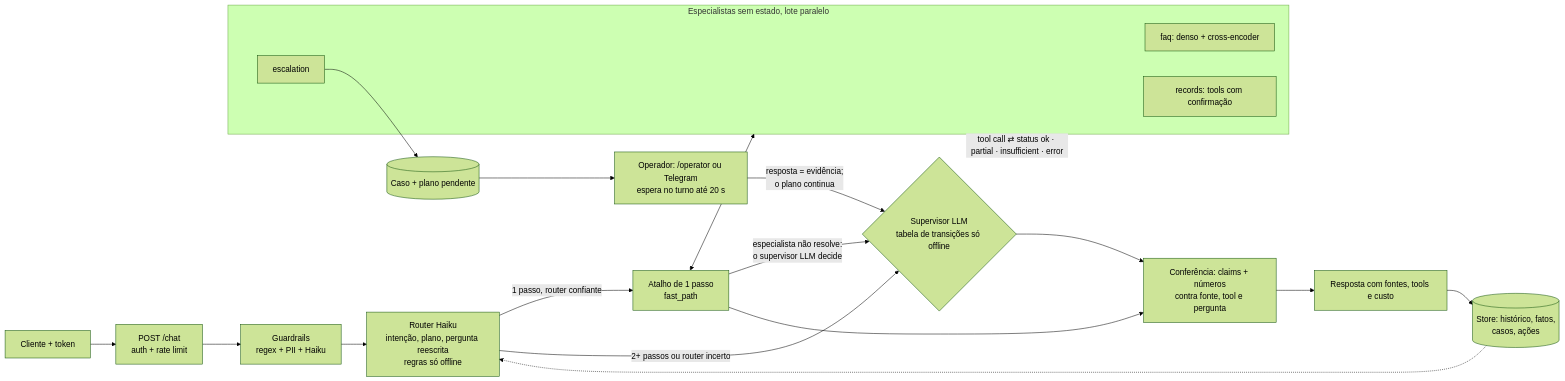
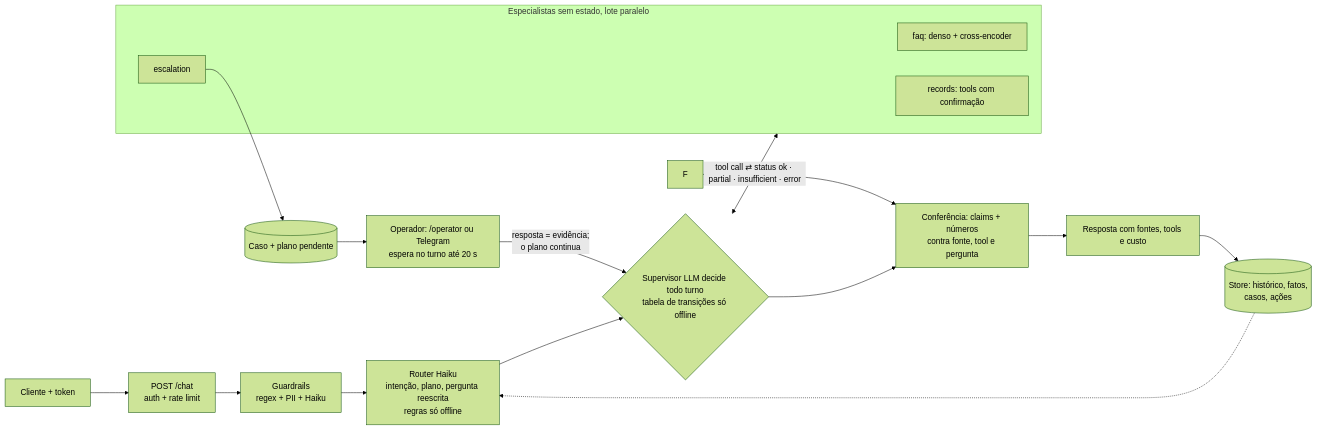
Before and after one commit to maathmartins-ux/getnet-support-agents-v51-ensaio: the diagram in README.md, drawn with Mermaid (forest theme). The commit also changed other lines of this file and 1 other file, not shown here.

First line of the commit message:
readme: números e linha do tempo (fill_readme, último passo)

````diff
--- a/README.md
+++ b/README.md
@@ -130,21 +130,18 @@
 ```mermaid
 flowchart LR
   U["Cliente + token"] --> API["POST /chat<br/>auth + rate limit"] --> G["Guardrails<br/>regex + PII + Haiku"]
   G --> R["Router Haiku<br/>intenção, plano, pergunta reescrita<br/>regras só offline"]
   M[("Store: histórico, fatos,<br/>casos, ações")] -.-> R
-  R -->|"1 passo, router confiante"| F["Atalho de 1 passo<br/>fast_path"]
-  R -->|"2+ passos ou router incerto"| S{"Supervisor LLM<br/>tabela de transições só offline"}
-  F -->|"especialista não resolve:<br/>o supervisor LLM decide"| S
+  R --> S{"Supervisor LLM decide todo turno<br/>tabela de transições só offline"}
   S <-->|"tool call ⇄ status ok · partial · insufficient · error"| W
-  F <--> W
   subgraph W["Especialistas sem estado, lote paralelo"]
     A1["faq: denso + cross-encoder"]
     A2["records: tools com confirmação"]
     A3["escalation"]
   end
   S --> V["Conferência: claims + números<br/>contra fonte, tool e pergunta"]
   F --> V
   V --> OUT["Resposta com fontes, tools e custo"] --> M
   A3 --> Q[("Caso + plano pendente")] --> OP["Operador: /operator ou Telegram<br/>espera no turno até 20 s"]
   OP -->|"resposta = evidência;<br/>o plano continua"| S
 ```
````
